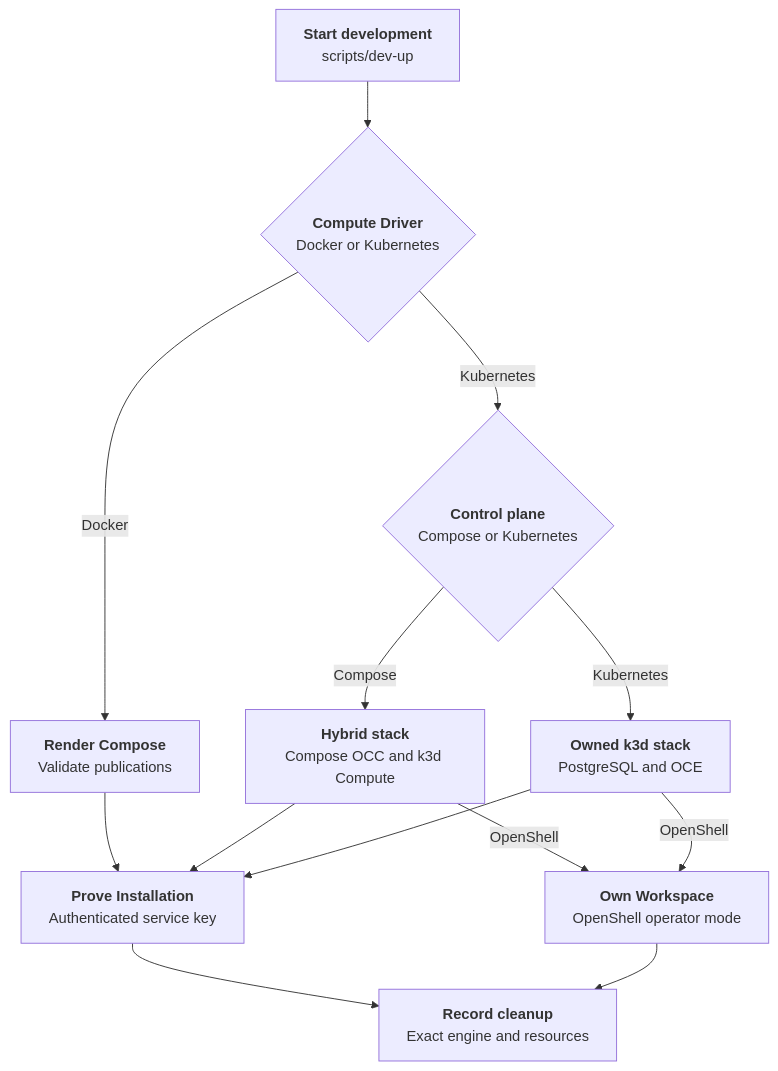
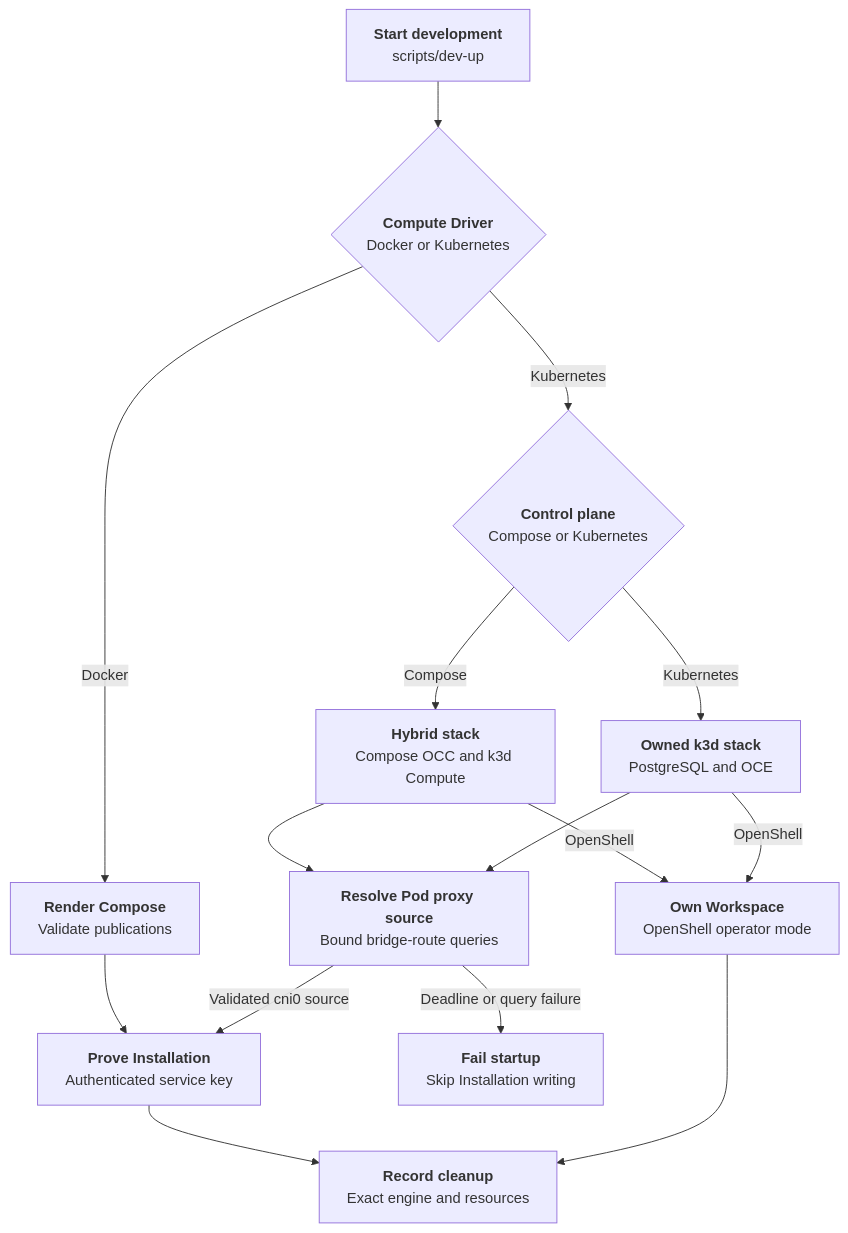
One commit to IsaiahStapleton/openclaw-enterprise changed the diagram in docs/flows/docker-compose-development/startup.md. Above: the diagram before and after it, drawn with Mermaid. The commit also changed other lines of this file, not shown here.

Commit message:
docs(dev): trace bridge route deadline before Installation writing

````diff
--- a/docs/flows/docker-compose-development/startup.md
+++ b/docs/flows/docker-compose-development/startup.md
@@ -33,15 +33,17 @@
 ```mermaid
 graph TD
   A["<b>Start development</b><br/>scripts/dev-up"] --> B{"<b>Compute Driver</b><br/>Docker or Kubernetes"}
   B -- "Docker" --> C["<b>Render Compose</b><br/>Validate publications"]
   B -- "Kubernetes" --> D{"<b>Control plane</b><br/>Compose or Kubernetes"}
   D -- "Kubernetes" --> E["<b>Owned k3d stack</b><br/>PostgreSQL and OCE"]
   D -- "Compose" --> F["<b>Hybrid stack</b><br/>Compose OCC and k3d Compute"]
   C --> G["<b>Prove Installation</b><br/>Authenticated service key"]
-  F --> G
-  E --> G
+  F --> R["<b>Resolve Pod proxy source</b><br/>Bound bridge-route queries"]
+  E --> R
+  R -- "Validated cni0 source" --> G
+  R -- "Deadline or query failure" --> X["<b>Fail startup</b><br/>Skip Installation writing"]
   F -- "OpenShell" --> H["<b>Own Workspace</b><br/>OpenShell operator mode"]
   E -- "OpenShell" --> H
   G --> I["<b>Record cleanup</b><br/>Exact engine and resources"]
   H --> I
 ```
````
